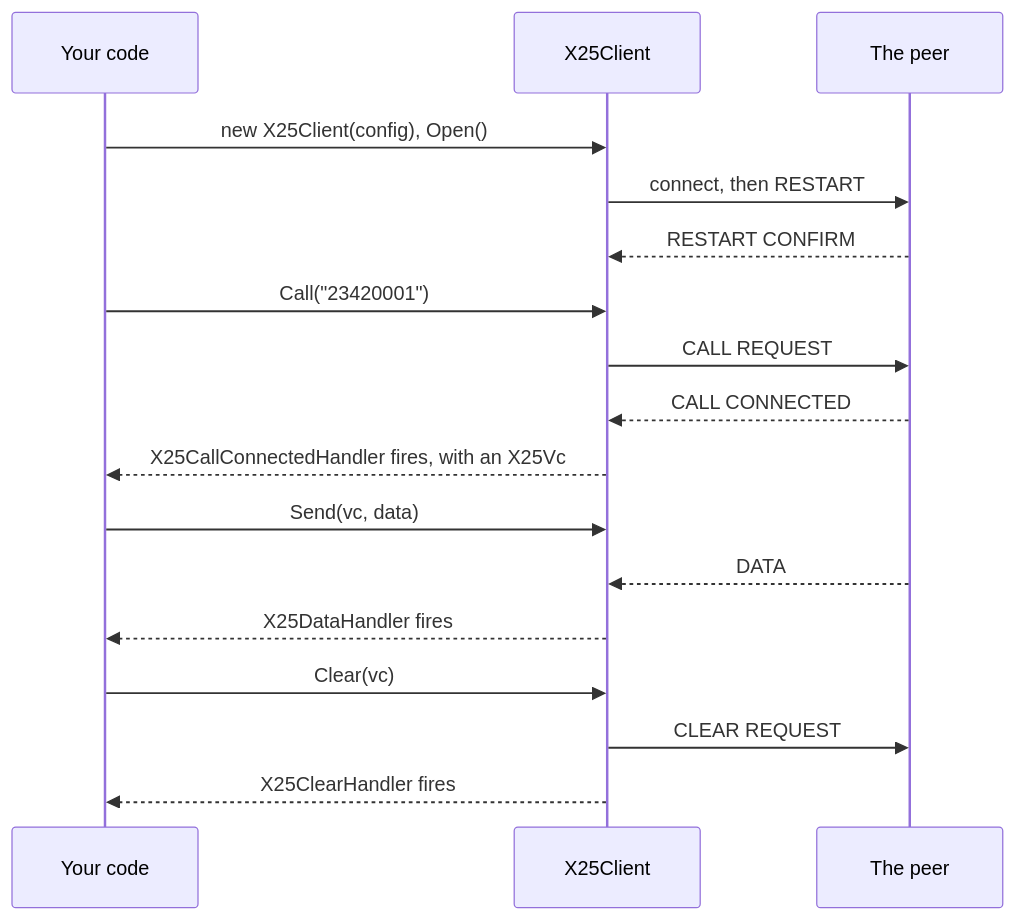
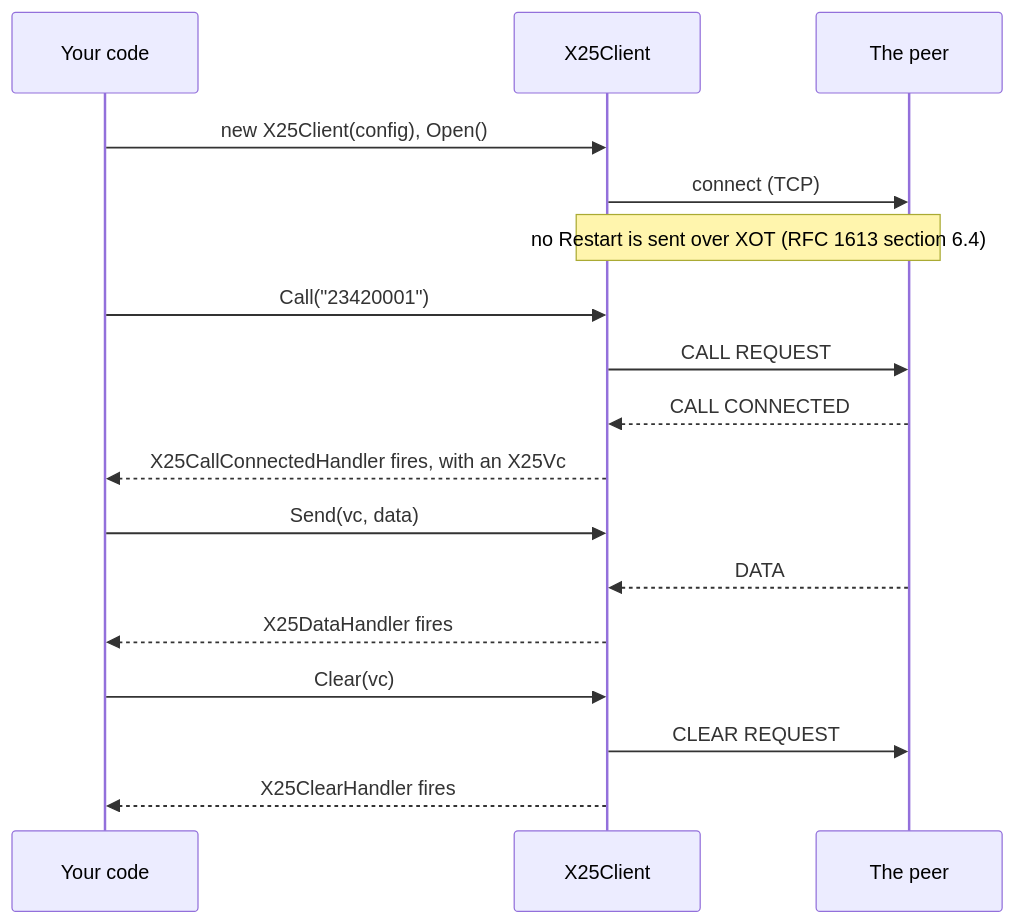
The second of 2 diagrams in src/RetroIO.Protocols.X25.Client/README.md (RetroCoreLabs/RetroIO), drawn with Mermaid before and after one commit. The commit also changed other lines of this file, not shown here.

Commit message:
Docs: X25Client sends no Restart over XOT
The README showed a Restart and Restart Confirm handshake on connect. RFC 1613 section 6.4
forbids sending Restart over the TCP connection, and X25Client.Open does not send one.

````diff
--- a/src/RetroIO.Protocols.X25.Client/README.md
+++ b/src/RetroIO.Protocols.X25.Client/README.md
@@ -68,20 +67,20 @@
 ```mermaid
 sequenceDiagram
     participant A as Your code
     participant C as X25Client
     participant P as The peer
 
     A->>C: new X25Client(config), Open()
-    C->>P: connect, then RESTART
-    P-->>C: RESTART CONFIRM
+    C->>P: connect (TCP)
+    Note over C,P: no Restart is sent over XOT (RFC 1613 section 6.4)
     A->>C: Call("23420001")
     C->>P: CALL REQUEST
     P-->>C: CALL CONNECTED
     C-->>A: X25CallConnectedHandler fires, with an X25Vc
     A->>C: Send(vc, data)
     P-->>C: DATA
     C-->>A: X25DataHandler fires
     A->>C: Clear(vc)
     C->>P: CLEAR REQUEST
     C-->>A: X25ClearHandler fires
 ```
````
